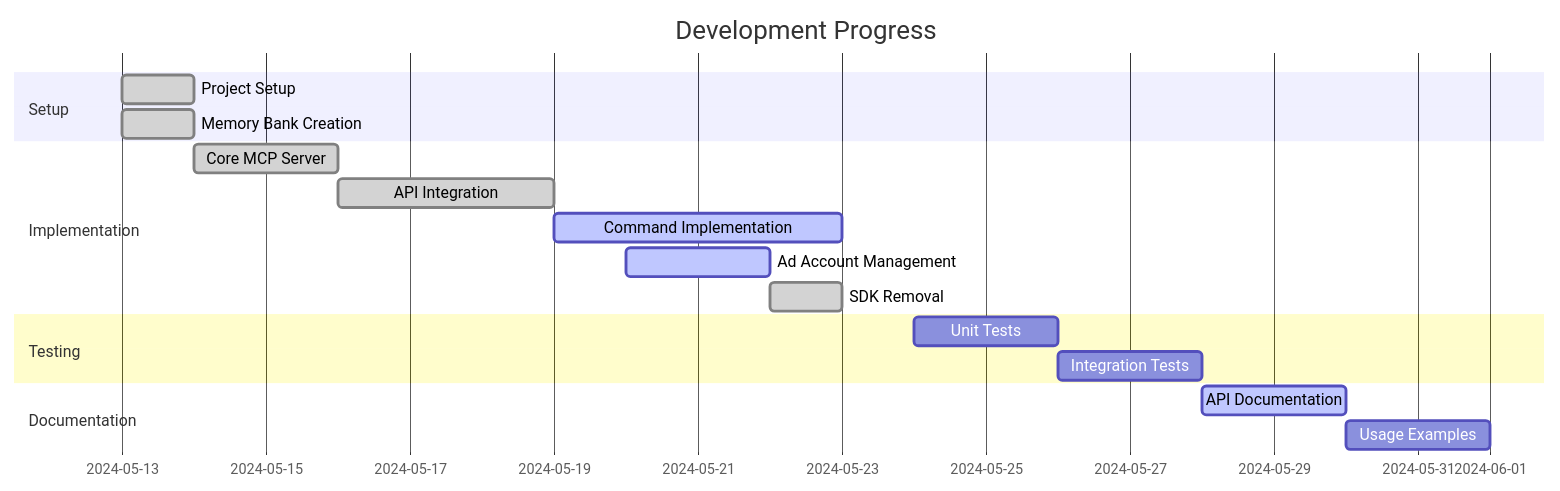
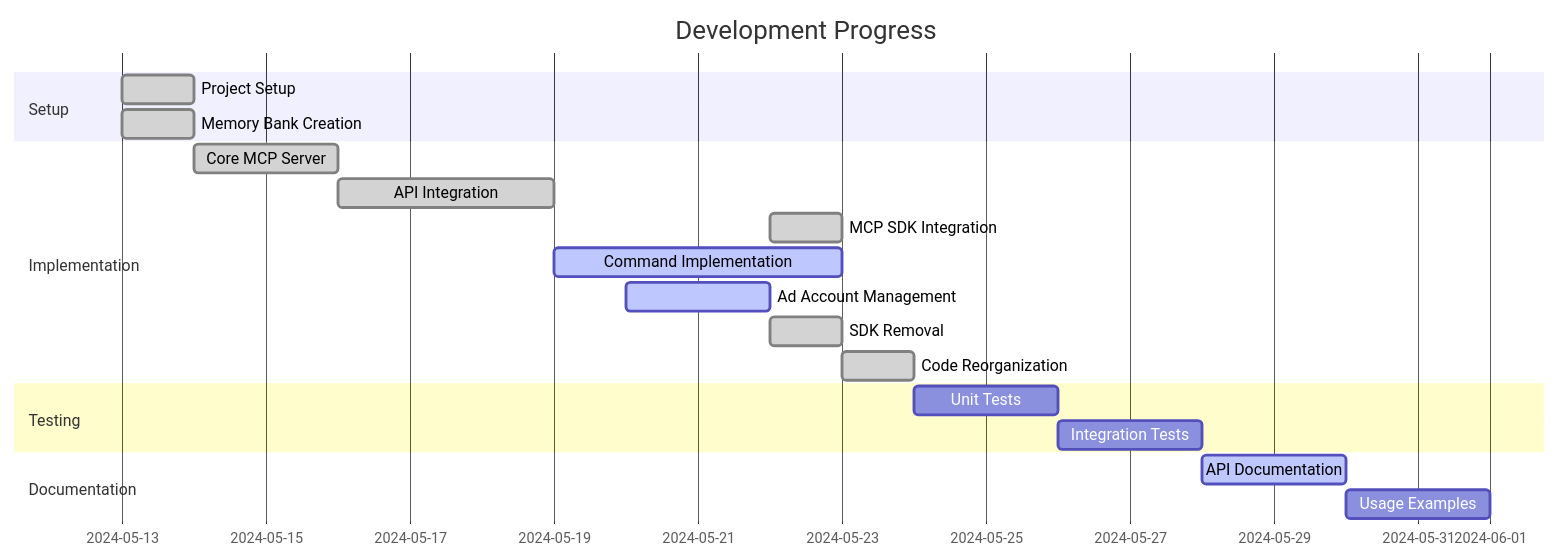
The diagram in memory-bank/activeContext.md (hafidsousa/meta-mcp), drawn with Mermaid before and after one commit. The commit also changed other lines of this file and 9 other files, not shown here.

````diff
--- a/memory-bank/activeContext.md
+++ b/memory-bank/activeContext.md
@@ -55,20 +167,22 @@
 ```mermaid
 gantt
     title Development Progress
     dateFormat  YYYY-MM-DD
     section Setup
     Project Setup           :done, 2024-05-13, 1d
     Memory Bank Creation    :done, 2024-05-13, 1d
     section Implementation
     Core MCP Server        :done, 2024-05-14, 2d
     API Integration        :done, 2024-05-16, 3d
+    MCP SDK Integration    :done, 2024-05-22, 1d
     Command Implementation :active, 2024-05-19, 4d
     Ad Account Management  :active, 2024-05-20, 2d
     SDK Removal            :done, 2024-05-22, 1d
+    Code Reorganization    :done, 2024-05-23, 1d
     section Testing
     Unit Tests            :2024-05-24, 2d
     Integration Tests     :2024-05-26, 2d
     section Documentation
     API Documentation     :active, 2024-05-28, 2d
     Usage Examples        :2024-05-30, 2d
 ```
````
